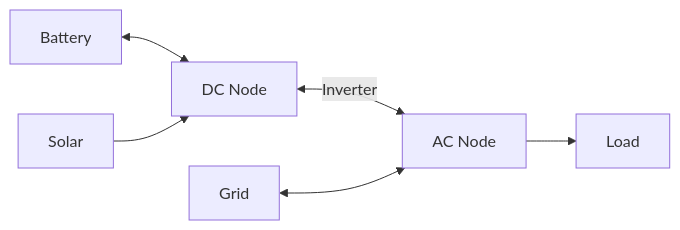
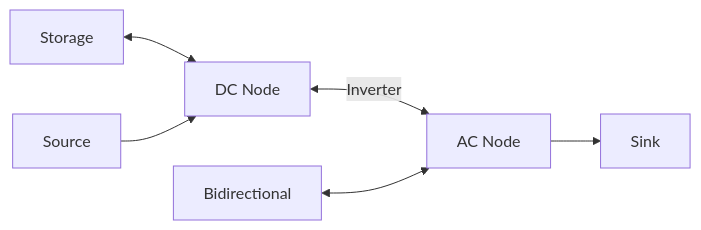
Before and after one commit to hass-energy/haeo: the third of 3 diagrams in docs/user-guide/elements/node.md, drawn with Mermaid. The commit also changed other lines of this file and 18 other files, not shown here.

````diff
--- a/docs/user-guide/elements/node.md
+++ b/docs/user-guide/elements/node.md
@@ -139,8 +194,8 @@
 ```mermaid
 graph LR
-    Battery[Battery] <--> DC[DC Node]
-    Solar[Solar] --> DC
+    Storage[Storage] <--> DC[DC Node]
+    Source[Source] --> DC
     DC <-->|Inverter| AC[AC Node]
-    Grid[Grid] <--> AC
-    AC --> Load[Load]
+    Bidirectional[Bidirectional] <--> AC
+    AC --> Sink[Sink]
 ```
````
